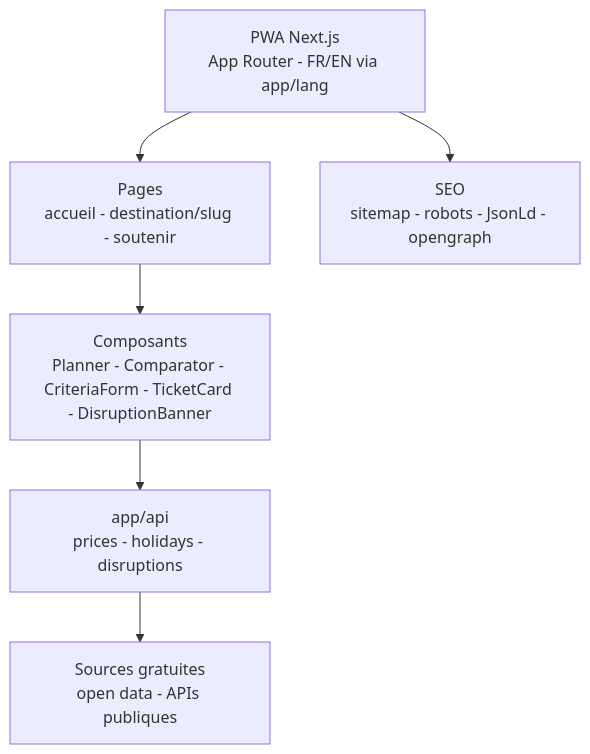
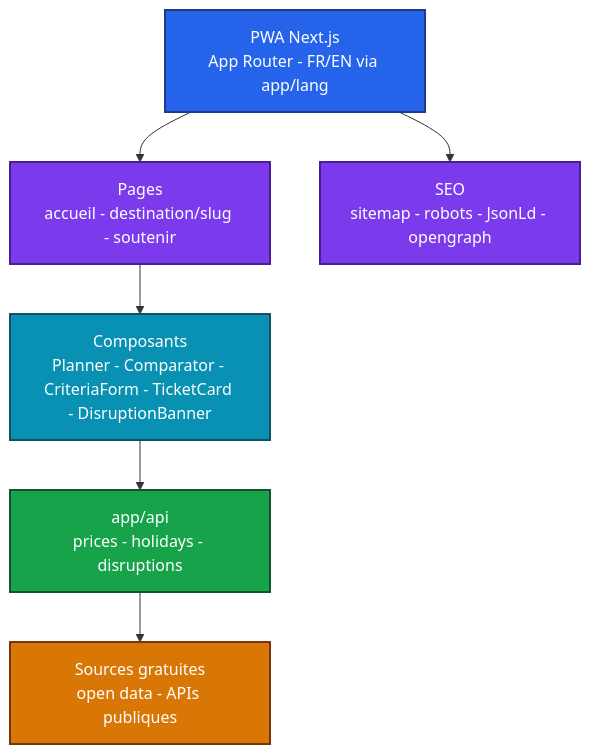
The diagram in README.md (Adam-Blf/escapade), drawn with Mermaid before and after one commit.

Commit message:
docs: add colors to mermaid diagrams (#74)
Each node gets a palette class (by subgraph or by flow depth), subgraphs are tinted, non-flowchart diagrams use a colored base theme. Validated by rendering every diagram before and after.

````diff
--- a/README.md
+++ b/README.md
@@ -81,12 +81,23 @@
 ```mermaid
 flowchart TB
     PWA["PWA Next.js<br/>App Router - FR/EN via app/lang"]
     PAGES["Pages<br/>accueil - destination/slug - soutenir"]
     COMP["Composants<br/>Planner - Comparator - CriteriaForm - TicketCard - DisruptionBanner"]
     API["app/api<br/>prices - holidays - disruptions"]
     EXT["Sources gratuites<br/>open data - APIs publiques"]
     SEO["SEO<br/>sitemap - robots - JsonLd - opengraph"]
     PWA --> PAGES --> COMP
     COMP --> API --> EXT
     PWA --> SEO
+
+    classDef c0 fill:#2563eb,stroke:#1e3a8a,stroke-width:2px,color:#ffffff
+    classDef c1 fill:#7c3aed,stroke:#4c1d95,stroke-width:2px,color:#ffffff
+    classDef c2 fill:#0891b2,stroke:#164e63,stroke-width:2px,color:#ffffff
+    classDef c3 fill:#16a34a,stroke:#14532d,stroke-width:2px,color:#ffffff
+    classDef c4 fill:#d97706,stroke:#78350f,stroke-width:2px,color:#ffffff
+    class PWA c0
+    class PAGES,SEO c1
+    class COMP c2
+    class API c3
+    class EXT c4
 ```
````
